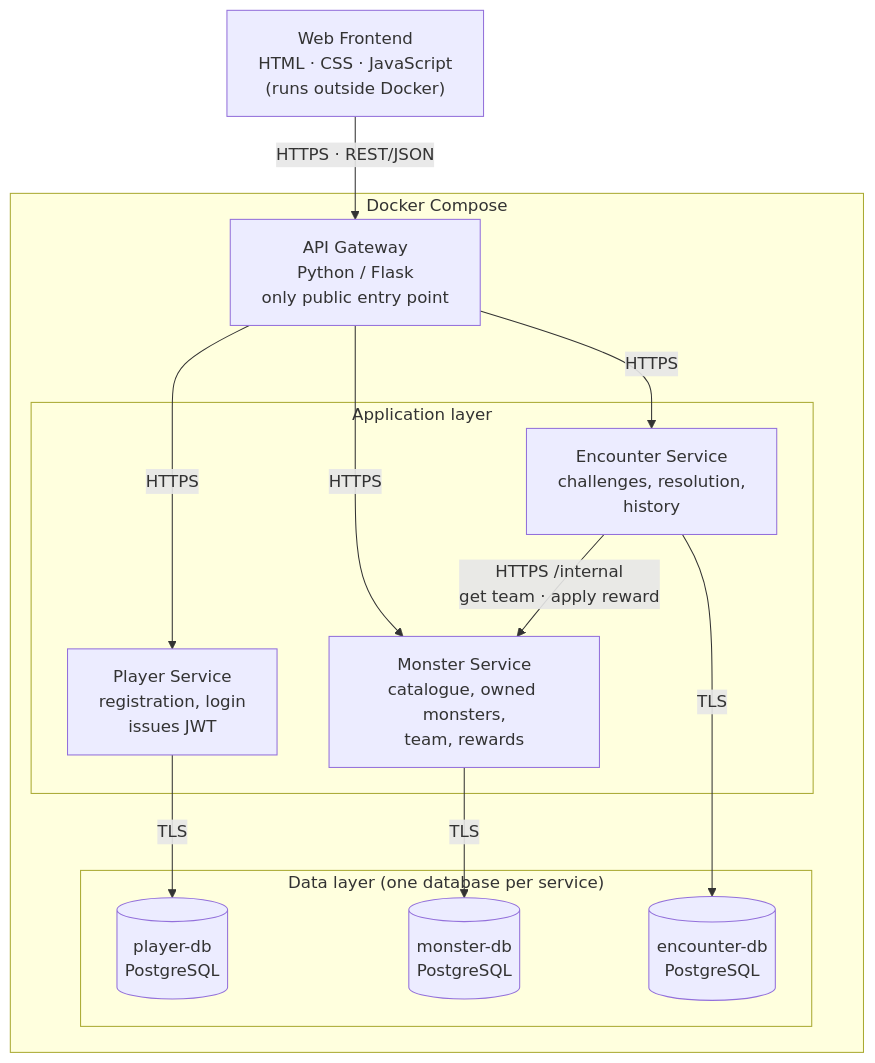
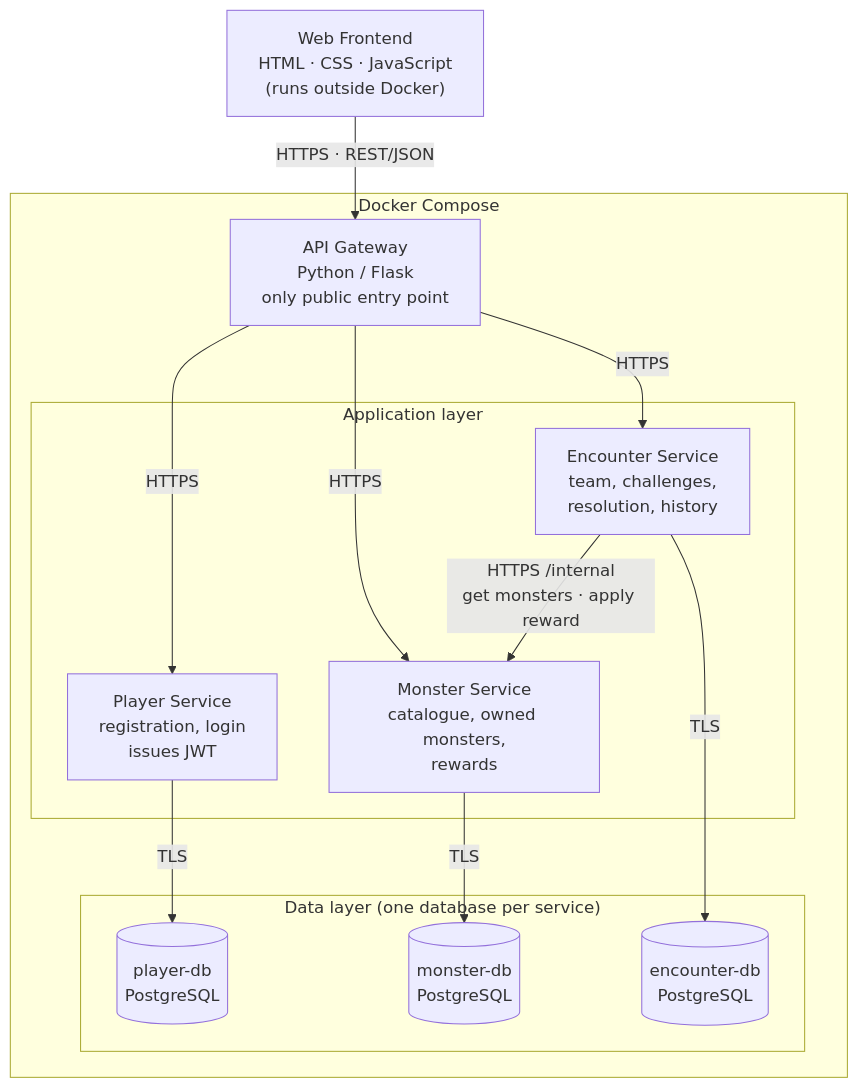
One commit to epalal/ASE-Project changed the diagram in docs/architecture.md. Above: the diagram before and after it, drawn with Mermaid. The commit also changed other lines of this file, not shown here.

Commit message:
Move the team to the Encounter service

````diff
--- a/docs/architecture.md
+++ b/docs/architecture.md
@@ -9,29 +9,29 @@
 ```mermaid
 flowchart TB
     FE["Web Frontend<br/>HTML · CSS · JavaScript<br/>(runs outside Docker)"]
 
     subgraph compose["Docker Compose"]
         GW["API Gateway<br/>Python / Flask<br/>only public entry point"]
 
         subgraph services["Application layer"]
             PS["Player Service<br/>registration, login<br/>issues JWT"]
-            MS["Monster Service<br/>catalogue, owned monsters,<br/>team, rewards"]
-            ES["Encounter Service<br/>challenges, resolution,<br/>history"]
+            MS["Monster Service<br/>catalogue, owned monsters,<br/>rewards"]
+            ES["Encounter Service<br/>team, challenges,<br/>resolution, history"]
         end
 
         subgraph data["Data layer (one database per service)"]
             PDB[("player-db<br/>PostgreSQL")]
             MDB[("monster-db<br/>PostgreSQL")]
             EDB[("encounter-db<br/>PostgreSQL")]
         end
     end
 
     FE -- "HTTPS · REST/JSON" --> GW
     GW -- HTTPS --> PS
     GW -- HTTPS --> MS
     GW -- HTTPS --> ES
-    ES -- "HTTPS /internal<br/>get team · apply reward" --> MS
+    ES -- "HTTPS /internal<br/>get monsters · apply reward" --> MS
     PS -- TLS --> PDB
     MS -- TLS --> MDB
     ES -- TLS --> EDB
 ```
````
